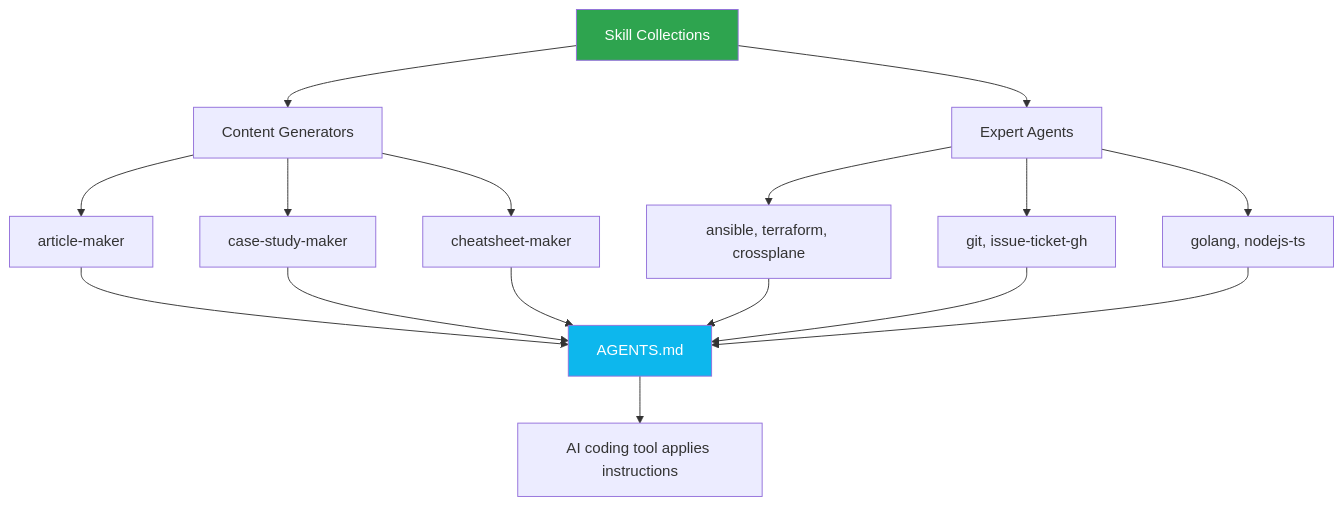
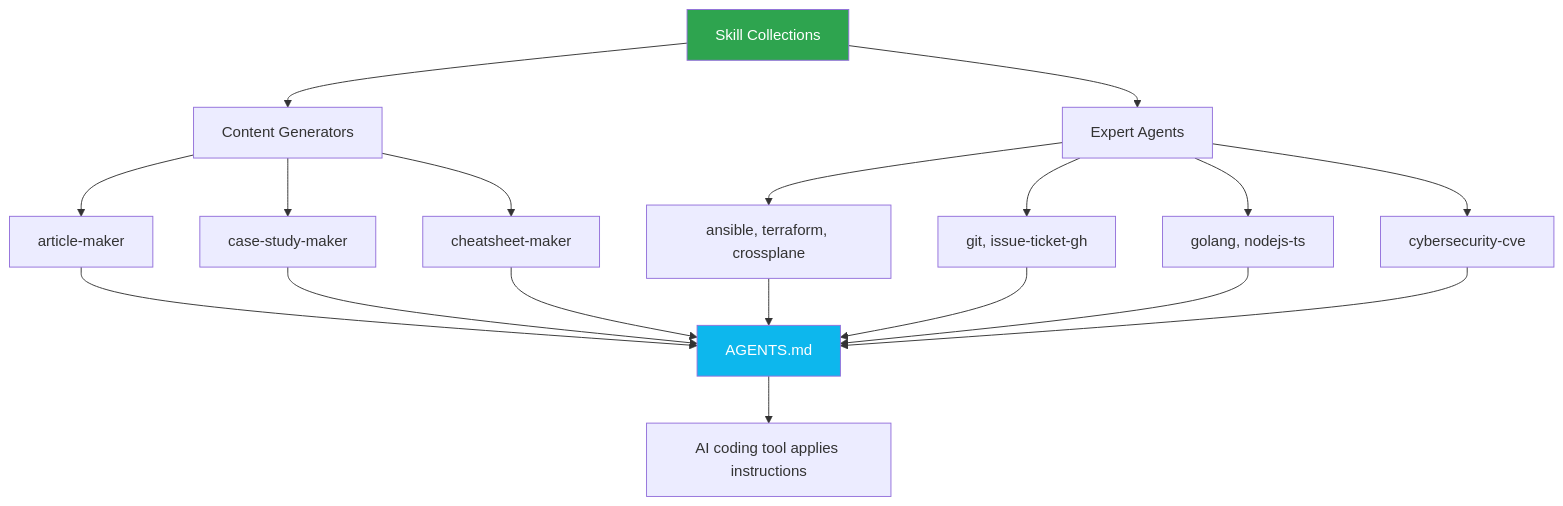
Before and after one commit to marcuwynu23/skill-collections: the diagram in README.md, drawn with Mermaid. The commit also changed other lines of this file and 1 other file, not shown here.

Commit message:
feat: add cybersecurity CVE expert agent skill

````diff
--- a/README.md
+++ b/README.md
@@ -46,19 +46,20 @@
 ```mermaid
 flowchart TD
     A[Skill Collections] --> B[Content Generators]
     A --> C[Expert Agents]
 
     B --> B1[article-maker]
     B --> B2[case-study-maker]
     B --> B3[cheatsheet-maker]
 
     C --> C1[ansible, terraform, crossplane]
     C --> C2[git, issue-ticket-gh]
     C --> C3[golang, nodejs-ts]
+    C --> C4[cybersecurity-cve]
 
-    B1 & B2 & B3 & C1 & C2 & C3 --> D[AGENTS.md]
+    B1 & B2 & B3 & C1 & C2 & C3 & C4 --> D[AGENTS.md]
     D --> E[AI coding tool applies instructions]
 
     style A fill:#2ea44f,color:#fff
     style D fill:#0db7ed,color:#fff
 ```
````
